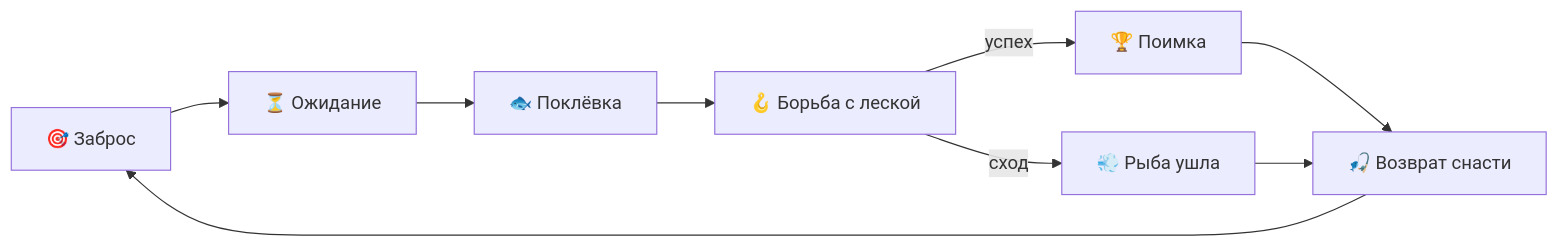
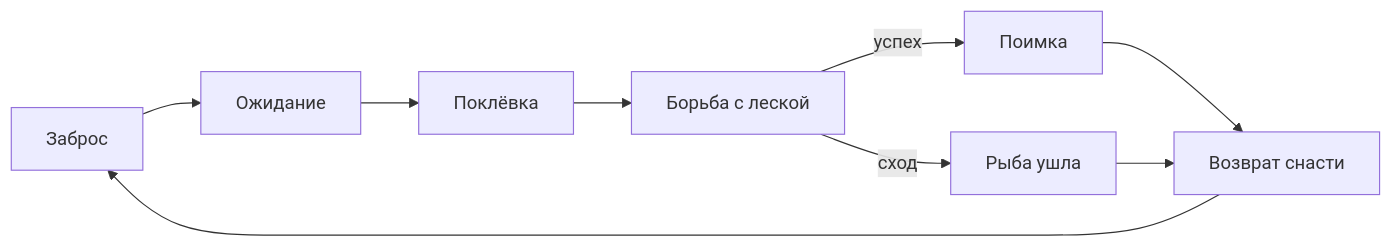
Before and after one commit to KellyHarvestOS/NeFish: the diagram in README.md, drawn with Mermaid. The commit also changed other lines of this file and 1 other file, not shown here.

````diff
--- a/README.md
+++ b/README.md
@@ -126,11 +126,11 @@
 ```mermaid
 flowchart LR
-    A[🎯 Заброс] --> B[⏳ Ожидание]
-    B --> C[🐟 Поклёвка]
-    C --> D[🪝 Борьба с леской]
-    D -->|успех| E[🏆 Поимка]
-    D -->|сход| F[💨 Рыба ушла]
-    E --> G[🎣 Возврат снасти]
+    A[Заброс] --> B[Ожидание]
+    B --> C[Поклёвка]
+    C --> D[Борьба с леской]
+    D -->|успех| E[Поимка]
+    D -->|сход| F[Рыба ушла]
+    E --> G[Возврат снасти]
     F --> G
     G --> A
 ```
````
